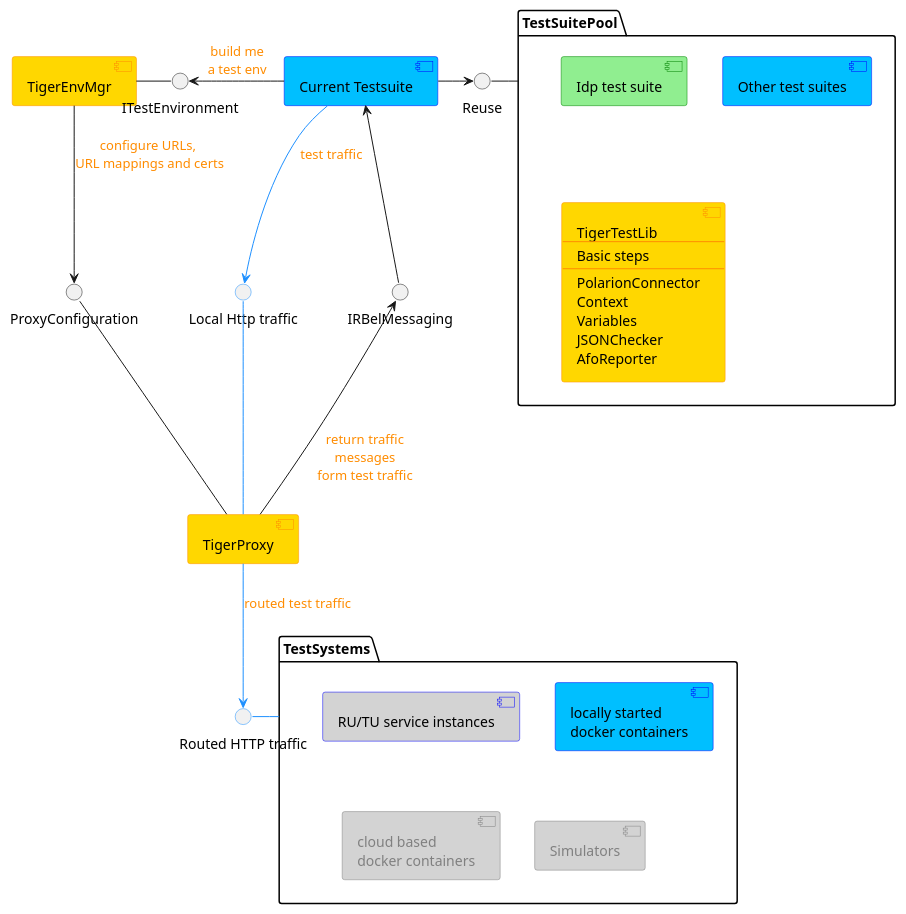
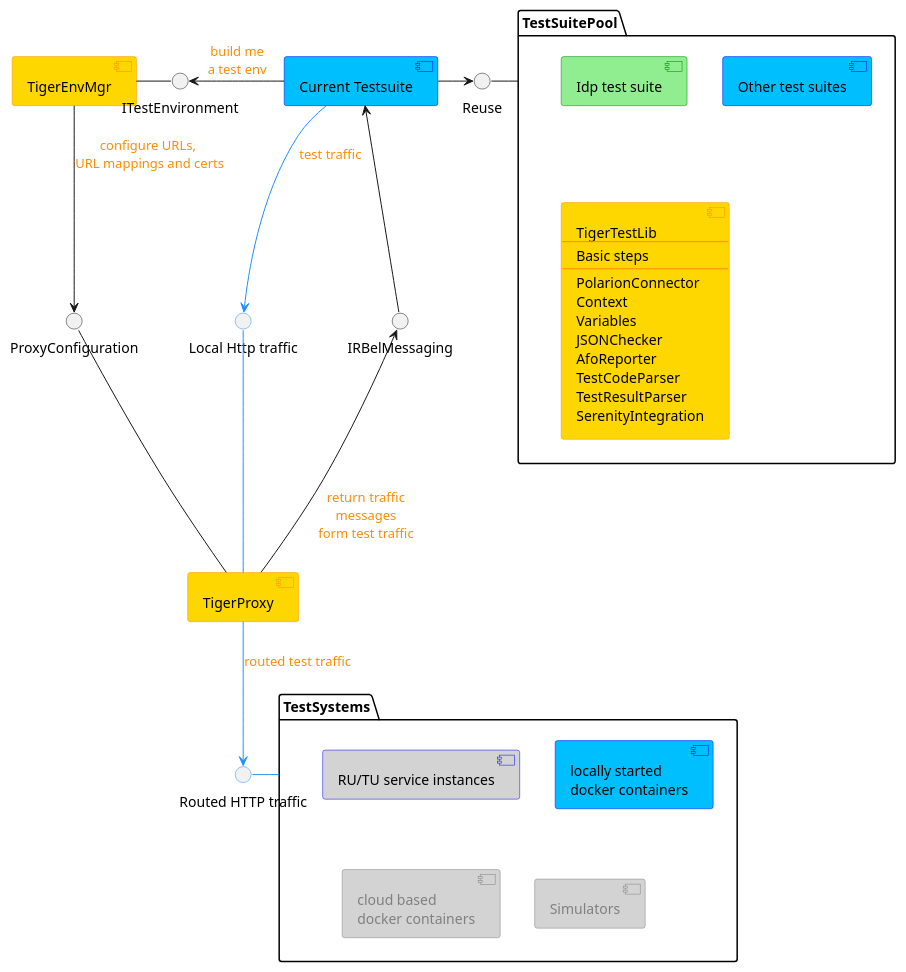
The diagram in doc/specification/tiger_components.puml (gematik/app-Tiger), drawn with PlantUML before and after one commit.

Commit message:
added missing helpers to TiTeLib

```diff
--- a/doc/specification/tiger_components.puml
+++ b/doc/specification/tiger_components.puml
@@ -2,100 +2,103 @@
 @startuml
 
 hide stereotype
 
 ' left to right direction
 
 skinparam component {
     BackgroundColor Gold
     BorderColor DarkOrange
     BackgroundColor<<External>> LightGray
     BorderColor<<External>> Blue
     BackgroundColor<<Idp>> LightGreen
     BorderColor<<Idp>> Green
     BackgroundColor<<Other>> DeepSkyBlue
     BorderColor<<Other>> Blue
     BackgroundColor<<NextRelease>> LightGray
     FontColor<<NextRelease>> Gray
     BorderColor<<NextRelease>> Gray
     ArrowColor<<HTTP>> DodgerBlue
     FontColor<<HTTP>> Gray
     ArrowFontColor DarkOrange
     ArrowThickness 1
 }
 
 skinparam interface {
     BorderColor<<HTTP>> DodgerBlue
 }
 
 
 ' left to right direction
 
 ' component TigerServer  <<NextRelease>>
 
 package TestSystems as tsys {
     component "RU/TU service instances" as rutu <<External>>
     component "locally started\ndocker containers" as locdock <<Other>>
 
     component "cloud based\ndocker containers" as clddock <<NextRelease>>
     component "Simulators" as sims <<NextRelease>>
 }
 
 component TigerEnvMgr as tem
 component TigerProxy as tp
 
 package TestSuitePool as suites {
     component "Idp test suite" as its <<Idp>>
     component "Other test suites" as ots <<Other>>
     component TigerTestLib [
-    TigerTestLib
-    ---
-    Basic steps
-    ---
-    PolarionConnector
-    Context
-    Variables
-    JSONChecker
-    AfoReporter
+      TigerTestLib
+      ---
+      Basic steps
+      ---
+      PolarionConnector
+      Context
+      Variables
+      JSONChecker
+      AfoReporter
+      TestCodeParser
+      TestResultParser
+      SerenityIntegration
     ]
 }
 
 component "Current Testsuite" as tdir <<Other>>
 
 
 
 ' tem
 interface ITestEnvironment as item
 ' tp
 interface "Local Http traffic" as ihttp <<HTTP>>
 interface "ProxyConfiguration" as ipconf
 ' ts
 interface "IRBelMessaging" as irbel
 'tsys
 interface "Routed HTTP traffic" as iroutes <<HTTP>>
 'suites
 ' interface "Steps" as isteps
 ' interface "Helpers" as ihelpers
 interface "Reuse" as ireuse
 
 
 ihttp -down- tp <<HTTP>>
 tdir --> ihttp <<HTTP>> : test traffic
 
 irbel -up-> tdir
 tp -up-> irbel : return traffic\nmessages\nform test traffic
 
 
 iroutes -left- tsys <<HTTP>>
 tp --> iroutes <<HTTP>> : routed test traffic
 
 ipconf -- tp
 tem --> ipconf : configure URLs, \nURL mappings and certs
 
 item -left- tem
 tdir -left-> item : build me\na test env
 
 
 ireuse -left- suites
 tdir -right-> ireuse
 
 @enduml
```
